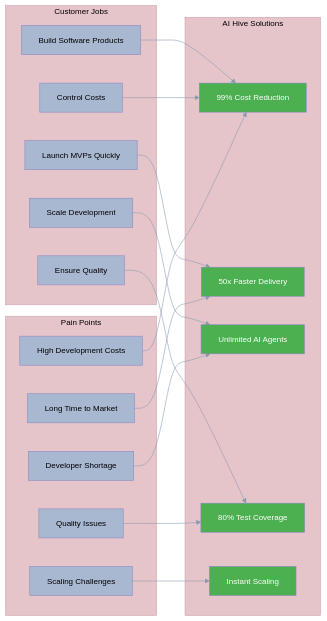
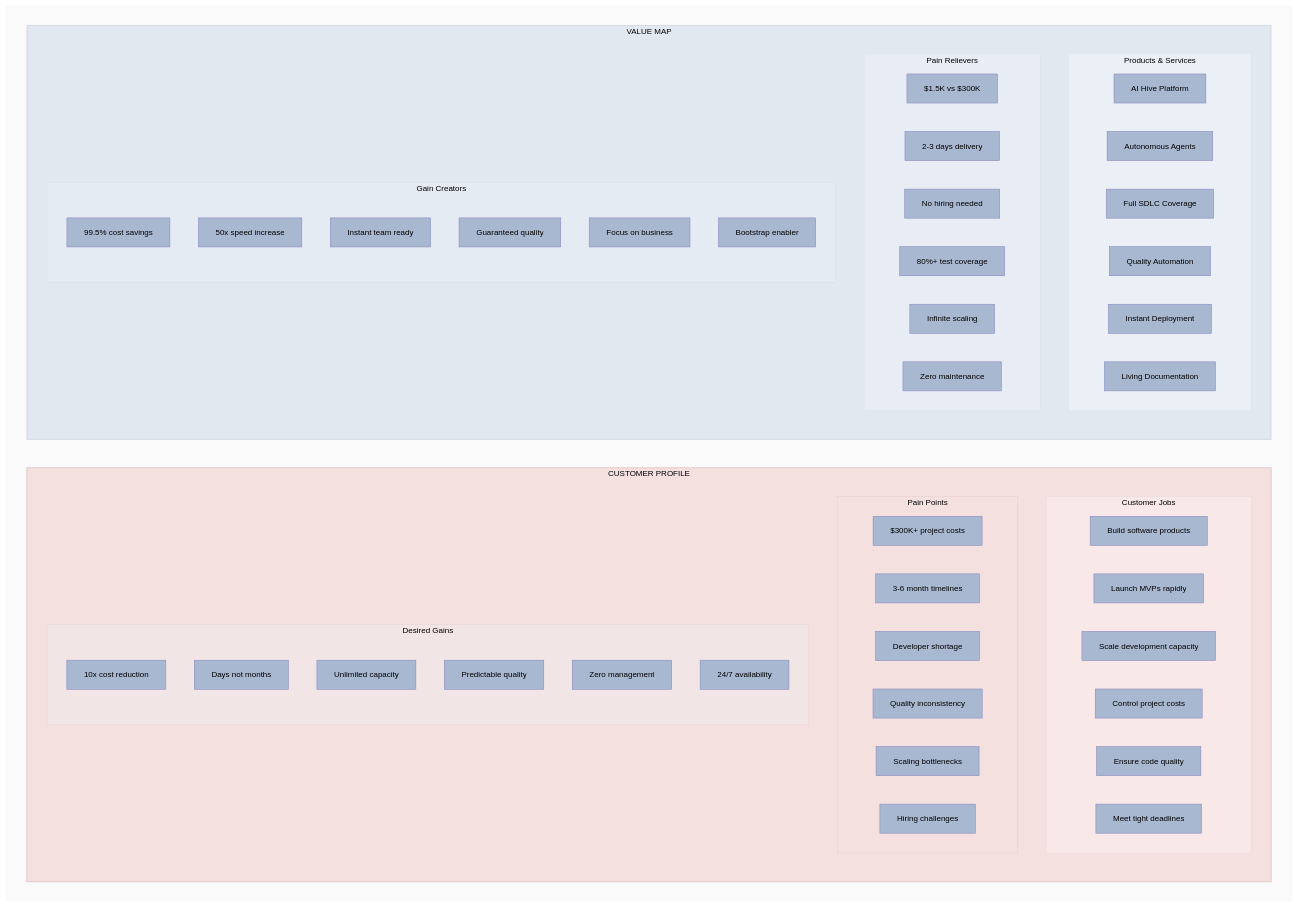
The first of 10 diagrams in business-documents/competitive-positioning/01-positioning-strategy.md (o2alexanderfedin/AI-Hive-Business-Docs), drawn with Mermaid before and after one commit.

Commit message:
Redesign Value Proposition Canvas to standard two-sided layout
- Transformed from flowchart to proper Value Proposition Canvas format
- Created clear Customer Profile (Jobs, Pains, Gains) on left side
- Created comprehensive Value Map (Products, Pain Relievers, Gain Creators) on right side
- Applied consistent pale color scheme (reddish for customer, blue for value)
- Improved visual hierarchy and readability
- Follows industry-standard Strategyzer methodology

````diff
--- a/business-documents/competitive-positioning/01-positioning-strategy.md
+++ b/business-documents/competitive-positioning/01-positioning-strategy.md
@@ -58,46 +58,78 @@
     'edgeLabelBackground': '#F5F5F5'
   }
 }}%%
-graph LR
-    subgraph "Customer Jobs"
-        A1[Build Software Products]
-        A2[Launch MVPs Quickly]
-        A3[Scale Development]
-        A4[Control Costs]
-        A5[Ensure Quality]
+graph TB
+    subgraph VP[" "]
+        subgraph CP["CUSTOMER PROFILE"]
+            direction TB
+
+            subgraph Jobs["Customer Jobs"]
+                J1[Build software products]
+                J2[Launch MVPs rapidly]
+                J3[Scale development capacity]
+                J4[Control project costs]
+                J5[Ensure code quality]
+                J6[Meet tight deadlines]
+            end
+
+            subgraph Pains["Pain Points"]
+                P1[$300K+ project costs]
+                P2[3-6 month timelines]
+                P3[Developer shortage]
+                P4[Quality inconsistency]
+                P5[Scaling bottlenecks]
+                P6[Hiring challenges]
+            end
+
+            subgraph Gains["Desired Gains"]
+                G1[10x cost reduction]
+                G2[Days not months]
+                G3[Unlimited capacity]
+                G4[Predictable quality]
+                G5[Zero management]
+                G6[24/7 availability]
+            end
+        end
+
+        subgraph VM["VALUE MAP"]
+            direction TB
+
+            subgraph Products["Products & Services"]
+                S1[AI Hive Platform]
+                S2[Autonomous Agents]
+                S3[Full SDLC Coverage]
+                S4[Quality Automation]
+                S5[Instant Deployment]
+                S6[Living Documentation]
+            end
+
+            subgraph Relievers["Pain Relievers"]
+                R1[$1.5K vs $300K]
+                R2[2-3 days delivery]
+                R3[No hiring needed]
+                R4[80%+ test coverage]
+                R5[Infinite scaling]
+                R6[Zero maintenance]
+            end
+
+            subgraph Creators["Gain Creators"]
+                C1[99.5% cost savings]
+                C2[50x speed increase]
+                C3[Instant team ready]
+                C4[Guaranteed quality]
+                C5[Focus on business]
+                C6[Bootstrap enabler]
+            end
+        end
     end
 
-    subgraph "Pain Points"
-        B1[High Development Costs]
-        B2[Long Time to Market]
-        B3[Developer Shortage]
-        B4[Quality Issues]
-        B5[Scaling Challenges]
-    end
-
-    subgraph "AI Hive Solutions"
-        C1[99% Cost Reduction]
-        C2[50x Faster Delivery]
-        C3[Unlimited AI Agents]
-        C4[80% Test Coverage]
-        C5[Instant Scaling]
-    end
-
-    A1 --> C1
-    A2 --> C2
-    A3 --> C3
-    A4 --> C1
-    A5 --> C4
-
-    B1 --> C1
-    B2 --> C2
-    B3 --> C3
-    B4 --> C4
-    B5 --> C5
-
-    style C1 fill:#4CAF50,color:#fff
-    style C2 fill:#4CAF50,color:#fff
-    style C3 fill:#4CAF50,color:#fff
-    style C4 fill:#4CAF50,color:#fff
-    style C5 fill:#4CAF50,color:#fff
+    style VP fill:#FAFAFA,stroke:#E0E0E0,stroke-width:0px
+    style CP fill:#F5E0E0,stroke:#E5CCCC,stroke-width:2px
+    style VM fill:#E2E8F0,stroke:#D5DDE6,stroke-width:2px
+    style Jobs fill:#F8E8E8,stroke:#EDDADA,stroke-width:1px
+    style Pains fill:#F5E0E0,stroke:#E8D0D0,stroke-width:1px
+    style Gains fill:#F2E5E5,stroke:#E5D5D5,stroke-width:1px
+    style Products fill:#EBF0F7,stroke:#DEE5EF,stroke-width:1px
+    style Relievers fill:#E8EDF5,stroke:#DBE2ED,stroke-width:1px
+    style Creators fill:#E5EBF3,stroke:#D8E0EB,stroke-width:1px
 ```
````
